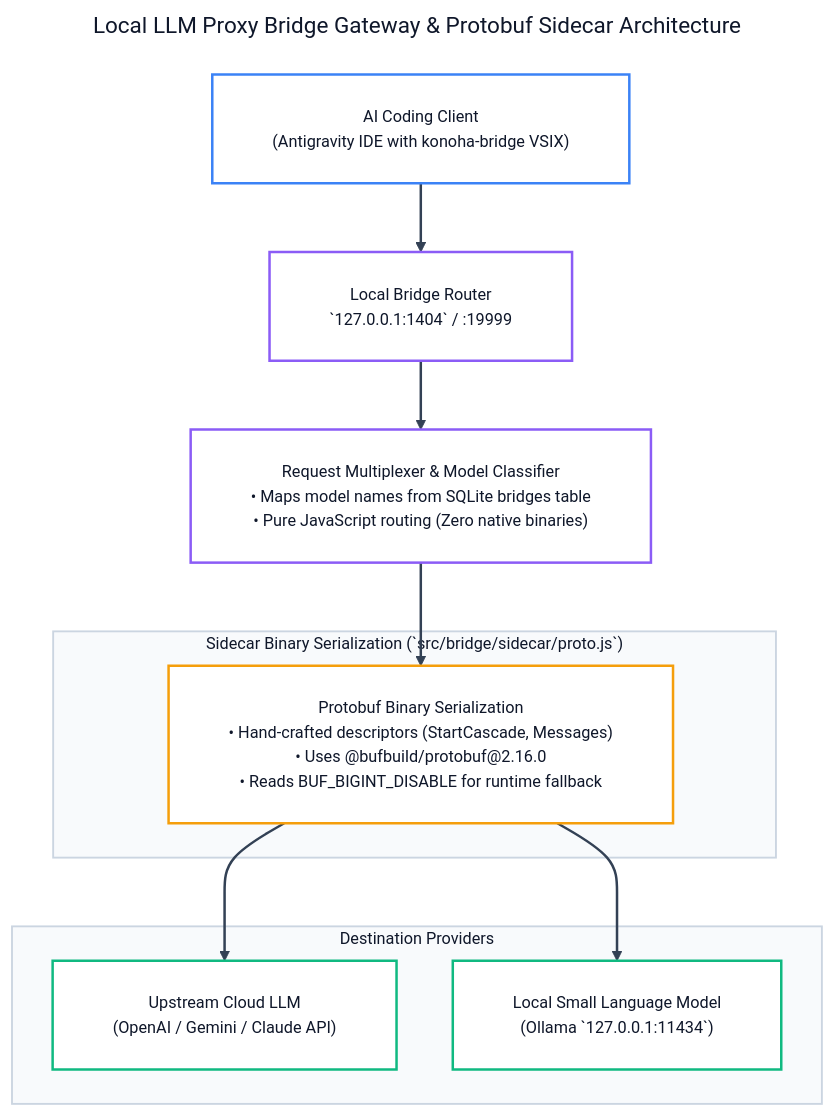
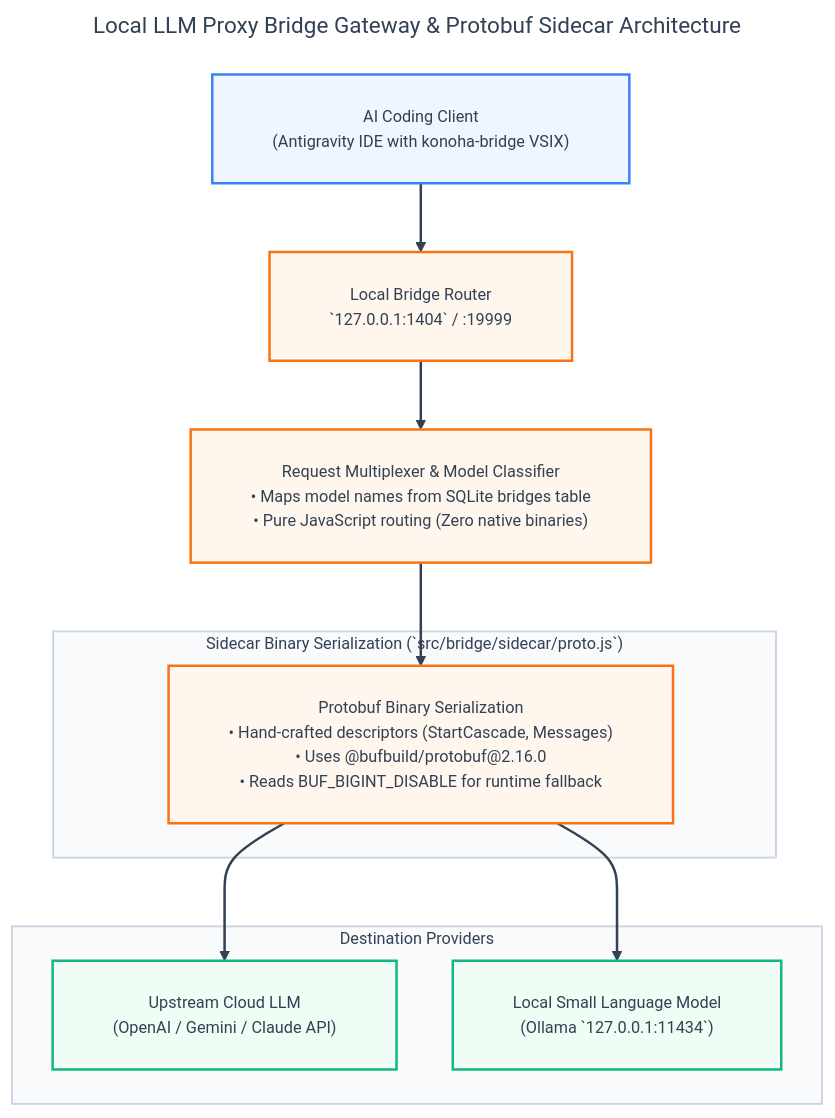
The ninth of 19 diagrams in docs/ALL-WORKFLOW-DIAGRAMS.md (andycungkrinx91/konoha), drawn with Mermaid before and after one commit. The commit also changed other lines of this file and 136 other files, not shown here.

````diff
--- a/docs/ALL-WORKFLOW-DIAGRAMS.md
+++ b/docs/ALL-WORKFLOW-DIAGRAMS.md
@@ -570,57 +570,57 @@
 ```mermaid
 ---
 title: Local LLM Proxy Bridge Gateway & Protobuf Sidecar Architecture
 config:
   theme: base
   themeVariables:
     darkMode: false
     background: '#ffffff'
-    mainBkg: '#ffffff'
-    primaryColor: '#ffffff'
-    primaryTextColor: '#0f172a'
-    primaryBorderColor: '#f59e0b'
+    mainBkg: '#eff6ff'
+    primaryColor: '#eff6ff'
+    primaryTextColor: '#334155'
+    primaryBorderColor: '#3b82f6'
     lineColor: '#334155'
     arrowheadColor: '#334155'
     secondaryColor: '#f8fafc'
-    tertiaryColor: '#ffffff'
+    tertiaryColor: '#f0fdf4'
     fontFamily: 'Inter, system-ui, -apple-system, sans-serif'
     fontSize: '13px'
   flowchart:
     nodeSpacing: 45
     rankSpacing: 55
     padding: 24
     wrappingWidth: 380
 ---
 flowchart TB
     Client["AI Coding Client<br/>(Antigravity IDE with konoha-bridge VSIX)"] --> OuterGateway["Local Bridge Router<br/>`127.0.0.1:1404` / :19999"]
 
     OuterGateway --> Intercept["Request Multiplexer &amp; Model Classifier<br/>• Maps model names from SQLite bridges table<br/>• Pure JavaScript routing (Zero native binaries)"]
 
     subgraph SidecarProtocol ["Sidecar Binary Serialization (`src/bridge/sidecar/proto.js`)"]
         ProtoEncoder["Protobuf Binary Serialization<br/>• Hand-crafted descriptors (StartCascade, Messages)<br/>• Uses @bufbuild/protobuf@2.16.0<br/>• Reads BUF_BIGINT_DISABLE for runtime fallback"]
     end
 
     Intercept --> ProtoEncoder
 
     subgraph ModelEndpoints ["Destination Providers"]
         CloudLLM["Upstream Cloud LLM<br/>(OpenAI / Gemini / Claude API)"]
         LocalLLM["Local Small Language Model<br/>(Ollama `127.0.0.1:11434`)"]
     end
 
     ProtoEncoder --> CloudLLM
     ProtoEncoder --> LocalLLM
 
     linkStyle default stroke:#334155,stroke-width:2px;
-    style SidecarProtocol fill:#f8fafc,stroke:#cbd5e1,stroke-width:1.5px,color:#0f172a;
-    style ModelEndpoints fill:#f8fafc,stroke:#cbd5e1,stroke-width:1.5px,color:#0f172a;
+    style SidecarProtocol fill:#f8fafc,stroke:#cbd5e1,stroke-width:1.5px,color:#334155;
+    style ModelEndpoints fill:#f8fafc,stroke:#cbd5e1,stroke-width:1.5px,color:#334155;
 
-    classDef clientNode fill:#ffffff,stroke:#3b82f6,color:#0f172a,stroke-width:2px;
-    classDef routerNode fill:#ffffff,stroke:#8b5cf6,color:#0f172a,stroke-width:2px;
-    classDef sidecarNode fill:#ffffff,stroke:#f59e0b,color:#0f172a,stroke-width:2px;
-    classDef destNode fill:#ffffff,stroke:#10b981,color:#0f172a,stroke-width:2px;
+    classDef clientNode fill:#eff6ff,stroke:#3b82f6,color:#334155,stroke-width:2px;
+    classDef routerNode fill:#fff7ed,stroke:#f97316,color:#334155,stroke-width:2px;
+    classDef sidecarNode fill:#fff7ed,stroke:#f97316,color:#334155,stroke-width:2px;
+    classDef destNode fill:#f0fdf4,stroke:#10b981,color:#334155,stroke-width:2px;
 
     class Client clientNode;
     class OuterGateway,Intercept routerNode;
     class ProtoEncoder sidecarNode;
     class CloudLLM,LocalLLM destNode;
 ```
````
